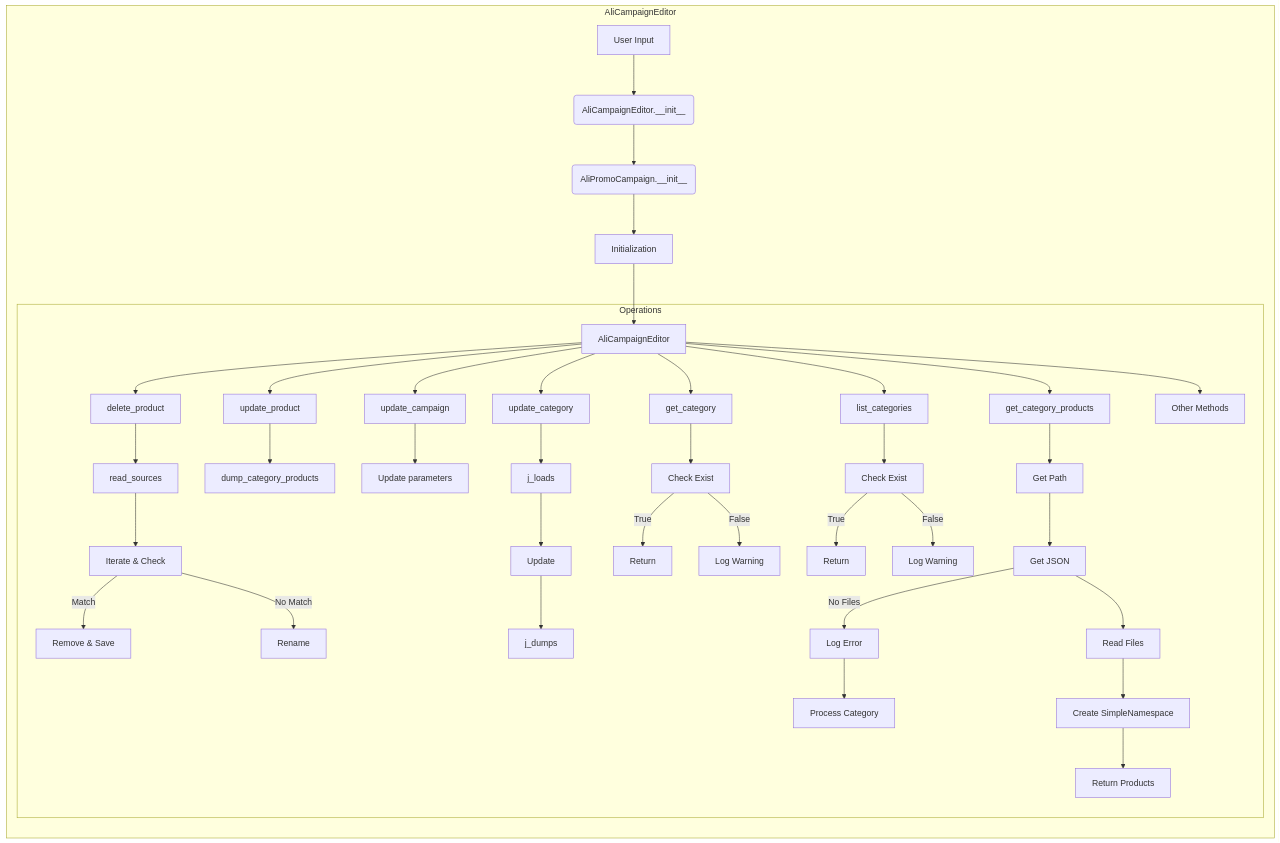
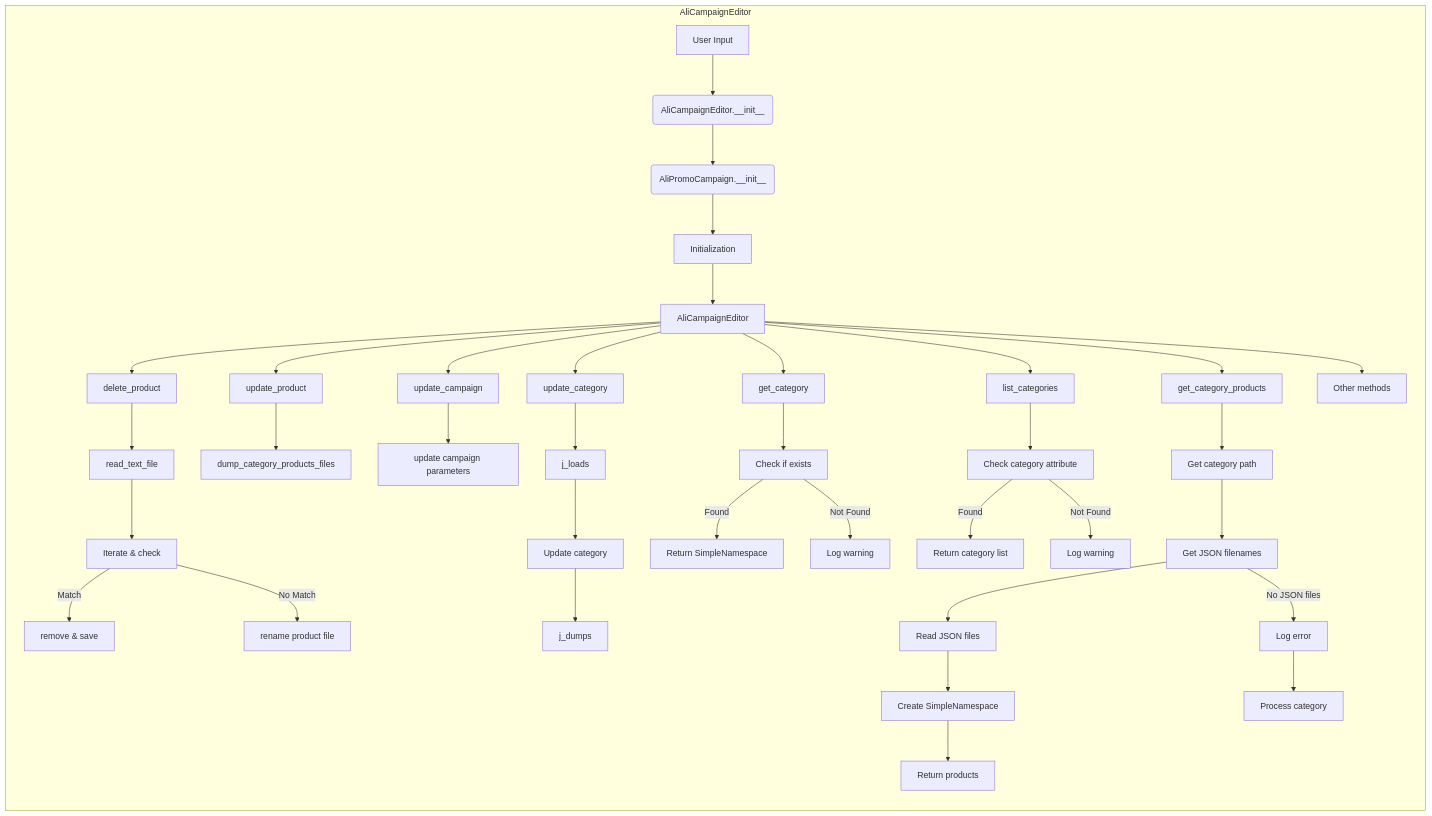
The diagram in docs/gemini/ru/explainer/src/suppliers/aliexpress/campaign/_mermaid/ali_campaign_editor.md (hypo69/hypo), drawn with Mermaid before and after one commit. The commit also changed other lines of this file and 19 other files, not shown here.

````diff
--- a/docs/gemini/ru/explainer/src/suppliers/aliexpress/campaign/_mermaid/ali_campaign_editor.md
+++ b/docs/gemini/ru/explainer/src/suppliers/aliexpress/campaign/_mermaid/ali_campaign_editor.md
@@ -59,42 +66,46 @@
 ```mermaid
 graph LR
     subgraph AliCampaignEditor
         A[User Input] --> B(AliCampaignEditor.__init__);
         B --> C(AliPromoCampaign.__init__);
         C --> D[Initialization];
         D --> E[AliCampaignEditor];
-
-        subgraph Operations
-            E --> F[delete_product];
-            F --> G[read_sources];
-            G --> H[Iterate & Check];
-            H -- Match --> I[Remove & Save];
-            H -- No Match --> J[Rename];
-            E --> K[update_product];
-            K --> L[dump_category_products];
-            E --> M[update_campaign];
-            M --> N[Update parameters];
-            E --> O[update_category];
-            O --> P[j_loads];
-            P --> Q[Update];
-            Q --> R[j_dumps];
-            E --> S[get_category];
-            S --> T[Check Exist];
-            T -- True --> U[Return];
-            T -- False --> V[Log Warning];
-            E --> W[list_categories];
-            W --> X[Check Exist];
-            X -- True --> Y[Return];
-            X -- False --> Z[Log Warning];
-            E --> AA[get_category_products];
-            AA --> AB[Get Path];
-            AB --> AC[Get JSON];
-            AC -- No Files --> AG[Log Error];
-            AG --> AH[Process Category];
-            AC --> AD[Read Files];
-            AD --> AE[Create SimpleNamespace];
-            AE --> AF[Return Products];
-            E --> AI[Other Methods];
-        end
+        E --> F[delete_product];
+        F --> G[read_text_file];
+        G --> H[Iterate & check];
+        H -- Match --> I[remove & save];
+        H -- No Match --> J[rename product file];
+        
+        E --> K[update_product];
+        K --> L[dump_category_products_files];
+        
+        E --> M[update_campaign];
+        M --> N[update campaign parameters];
+        
+        E --> O[update_category];
+        O --> P[j_loads];
+        P --> Q[Update category];
+        Q --> R[j_dumps];
+        
+        E --> S[get_category];
+        S --> T[Check if exists];
+        T -- Found --> U[Return SimpleNamespace];
+        T -- Not Found --> V[Log warning];
+        
+        E --> W[list_categories];
+        W --> X[Check category attribute];
+        X -- Found --> Y[Return category list];
+        X -- Not Found --> Z[Log warning];
+        
+        E --> AA[get_category_products];
+        AA --> AB[Get category path];
+        AB --> AC[Get JSON filenames];
+        AC --> AD[Read JSON files];
+        AD --> AE[Create SimpleNamespace];
+        AE --> AF[Return products];
+        AC -- No JSON files --> AG[Log error];
+        AG --> AH[Process category];
+        
+        E --> AI[Other methods];
     end
 ```
````
